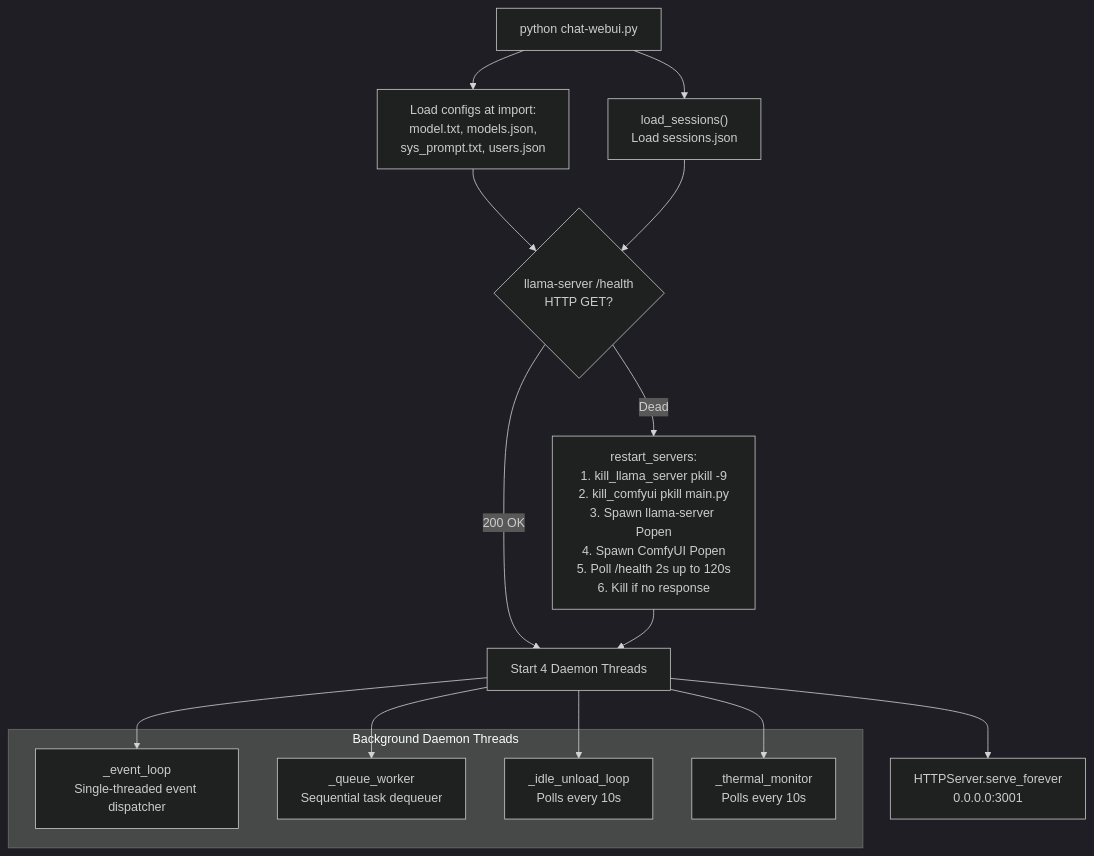
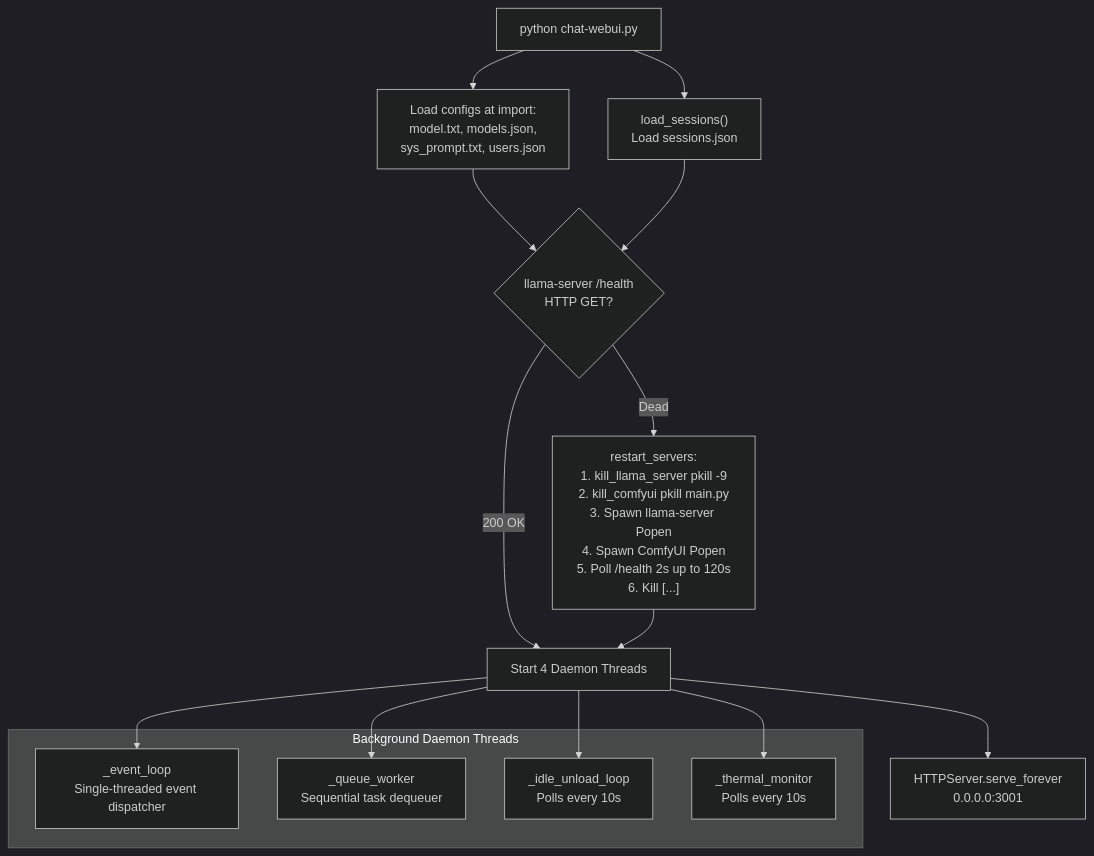
The fourth of 12 diagrams in README.md (Palash90/local-ai), drawn with Mermaid (dark theme) before and after one commit. The commit also changed other lines of this file, not shown here.

````diff
--- a/README.md
+++ b/README.md
@@ -126,18 +160,18 @@
 ```mermaid
 graph TD
     A["python chat-webui.py"] --> A1["Load configs at import:\nmodel.txt, models.json,\nsys_prompt.txt, users.json"]
     A --> B["load_sessions()\nLoad sessions.json"]
     A1 & B --> C{"llama-server /health\nHTTP GET?"}
     C -- "200 OK" --> E["Start 4 Daemon Threads"]
-    C -- "Dead" --> D["restart_servers:\n1. kill_llama_server pkill -9\n2. kill_comfyui pkill main.py\n3. Spawn llama-server Popen\n4. Spawn ComfyUI Popen\n5. Poll /health 2s up to 120s\n6. Kill if no response"]
+    C -- "Dead" --> D["restart_servers:\n1. kill_llama_server pkill -9\n2. kill_comfyui pkill main.py\n3. Spawn llama-server Popen\n4. Spawn ComfyUI Popen\n5. Poll /health 2s up to 120s\n6. Kill [...]"]
     D --> E
 
     subgraph Daemons ["Background Daemon Threads"]
         E1["_event_loop\nSingle-threaded event dispatcher"]
         E2["_queue_worker\nSequential task dequeuer"]
         E3["_idle_unload_loop\nPolls every 10s"]
         E4["_thermal_monitor\nPolls every 10s"]
     end
     E --> E1 & E2 & E3 & E4
     E --> F["HTTPServer.serve_forever\n0.0.0.0:3001"]
 ```
````
